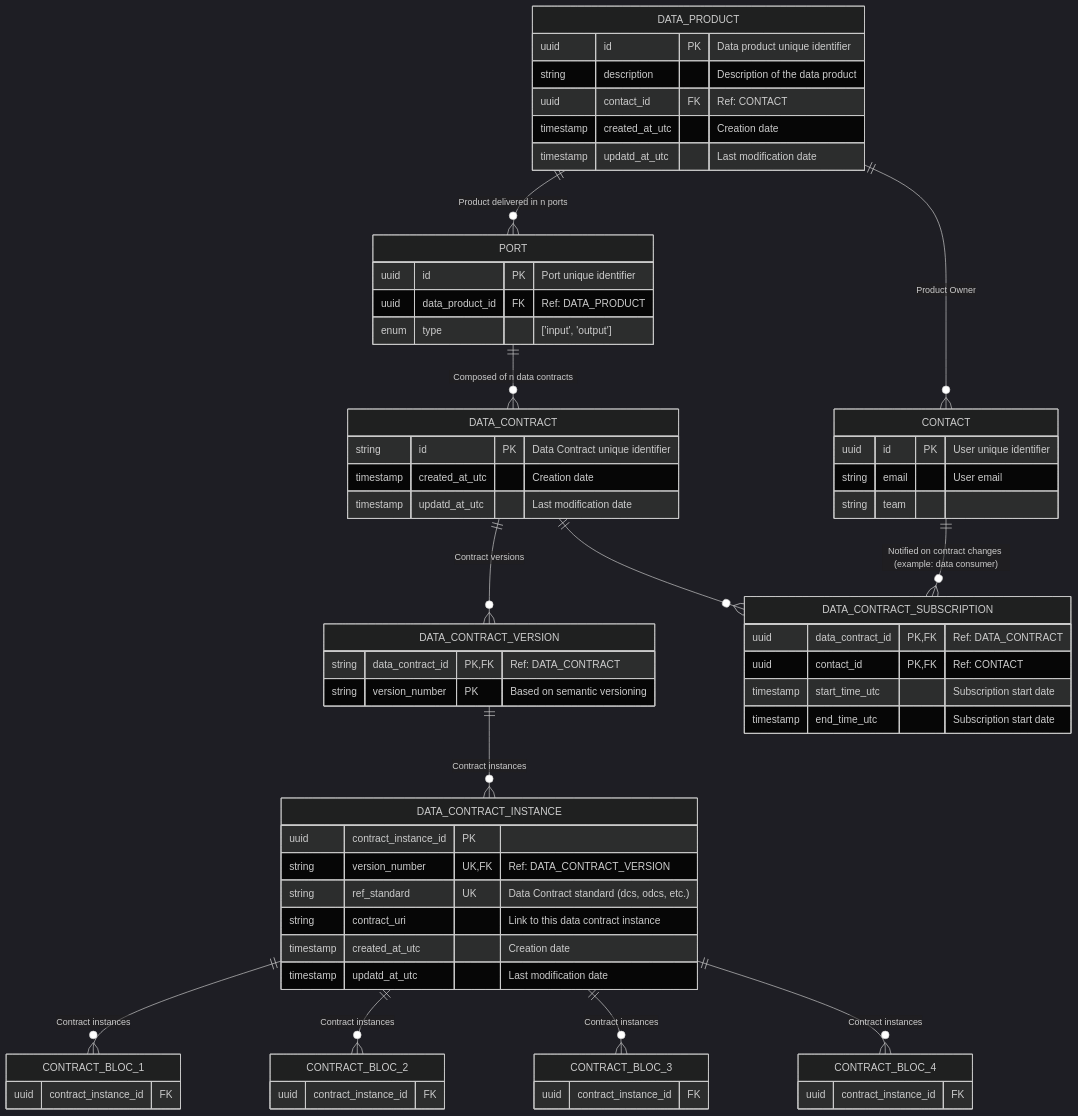
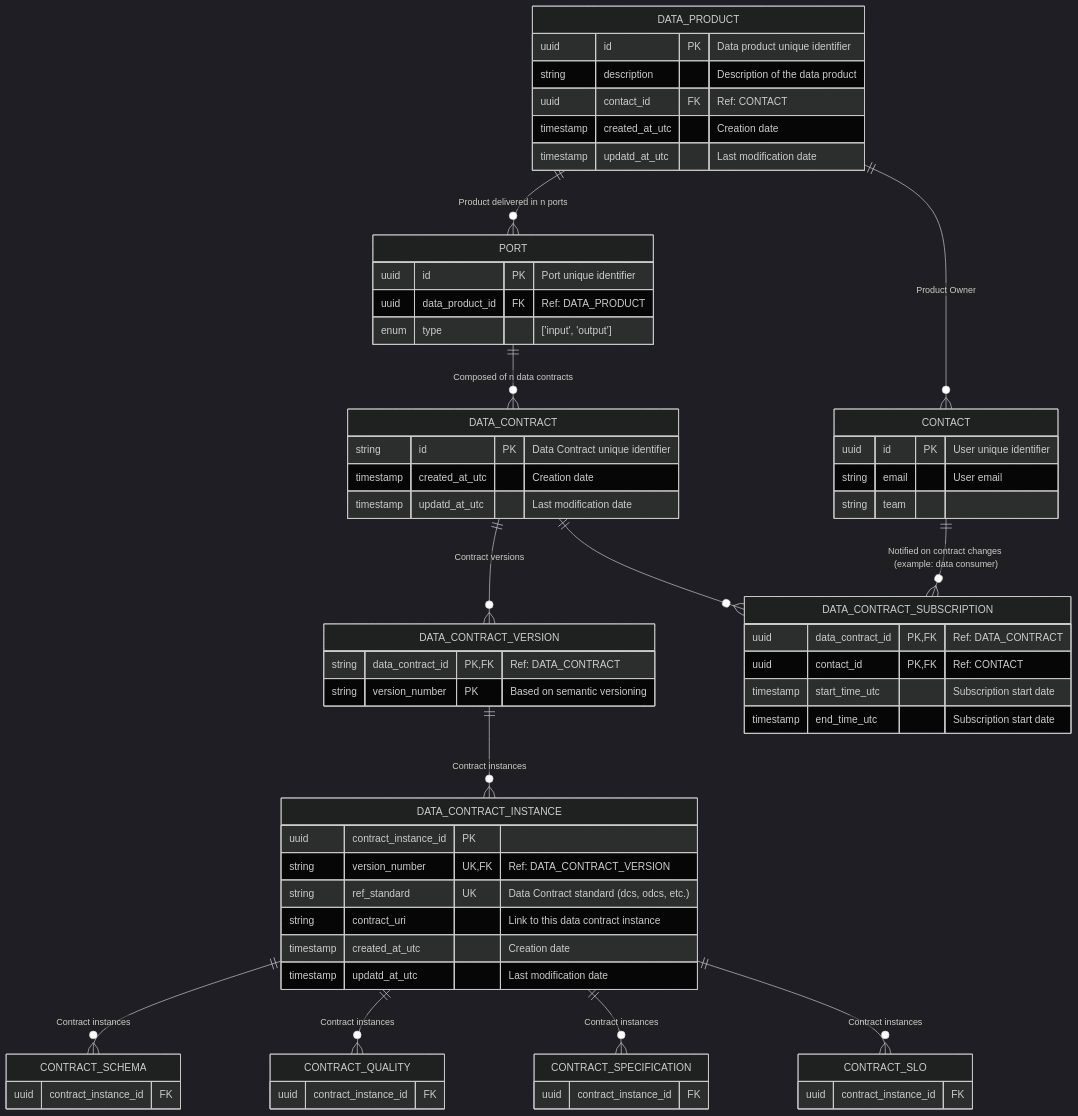
The diagram in docs/relational_model.md (monmaya/base-impl), drawn with Mermaid (dark theme) before and after one commit.

````diff
--- a/docs/relational_model.md
+++ b/docs/relational_model.md
@@ -5,81 +5,81 @@
 ```mermaid
 
 erDiagram
 
     DATA_PRODUCT {
         uuid id PK "Data product unique identifier"
         string description "Description of the data product"
         uuid contact_id FK "Ref: CONTACT"
         timestamp created_at_utc "Creation date"
         timestamp updatd_at_utc "Last modification date"
     }
 
     PORT {
         uuid id PK "Port unique identifier"
         uuid data_product_id FK "Ref: DATA_PRODUCT"
         enum type "['input', 'output']"
         
     }
 
     DATA_CONTRACT {
         string id PK "Data Contract unique identifier"
         timestamp created_at_utc "Creation date"
         timestamp updatd_at_utc "Last modification date"
     }
 
     DATA_CONTRACT_VERSION {
         string data_contract_id PK, FK "Ref: DATA_CONTRACT"
         string version_number PK "Based on semantic versioning"
     }
 
     DATA_CONTRACT_INSTANCE {
         uuid contract_instance_id PK
         string version_number UK, FK "Ref: DATA_CONTRACT_VERSION"
         string ref_standard UK "Data Contract standard (dcs, odcs, etc.)"
         string contract_uri "Link to this data contract instance"
         timestamp created_at_utc "Creation date"
         timestamp updatd_at_utc "Last modification date"
     }
     
     DATA_CONTRACT_SUBSCRIPTION {
         uuid data_contract_id PK, FK "Ref: DATA_CONTRACT"
         uuid contact_id PK, FK "Ref: CONTACT"
         timestamp start_time_utc "Subscription start date"
         timestamp end_time_utc "Subscription start date"
     }
 
     CONTACT {
         uuid id PK "User unique identifier"
         string email "User email"
         string team
     }
 
-    CONTRACT_BLOC_1 {
+    CONTRACT_SCHEMA {
         uuid contract_instance_id FK    
     }
-    CONTRACT_BLOC_2 {
+    CONTRACT_QUALITY {
         uuid contract_instance_id FK    
     }
-    CONTRACT_BLOC_3 {
+    CONTRACT_SPECIFICATION {
         uuid contract_instance_id FK    
     }
-    CONTRACT_BLOC_4 {
+    CONTRACT_SLO {
         uuid contract_instance_id FK    
     }
 
 
     DATA_PRODUCT ||--o{ PORT : "Product delivered in n ports"
     DATA_PRODUCT ||--o{ CONTACT : "Product Owner"
     PORT ||--o{ DATA_CONTRACT : "Composed of n data contracts"
     DATA_CONTRACT ||--o{ DATA_CONTRACT_VERSION : "Contract versions"
     DATA_CONTRACT_VERSION ||--o{ DATA_CONTRACT_INSTANCE : "Contract instances"
     DATA_CONTRACT ||--o{ DATA_CONTRACT_SUBSCRIPTION : ""
     CONTACT ||--o{ DATA_CONTRACT_SUBSCRIPTION : "Notified on contract changes (example: data consumer)"
 
-    DATA_CONTRACT_INSTANCE ||--o{ CONTRACT_BLOC_1 : "Contract instances"
-    DATA_CONTRACT_INSTANCE ||--o{ CONTRACT_BLOC_2 : "Contract instances"
-    DATA_CONTRACT_INSTANCE ||--o{ CONTRACT_BLOC_3 : "Contract instances"
-    DATA_CONTRACT_INSTANCE ||--o{ CONTRACT_BLOC_4 : "Contract instances"
+    DATA_CONTRACT_INSTANCE ||--o{ CONTRACT_SCHEMA : "Contract instances"
+    DATA_CONTRACT_INSTANCE ||--o{ CONTRACT_QUALITY : "Contract instances"
+    DATA_CONTRACT_INSTANCE ||--o{ CONTRACT_SPECIFICATION : "Contract instances"
+    DATA_CONTRACT_INSTANCE ||--o{ CONTRACT_SLO : "Contract instances"
 
 
   ```
````
